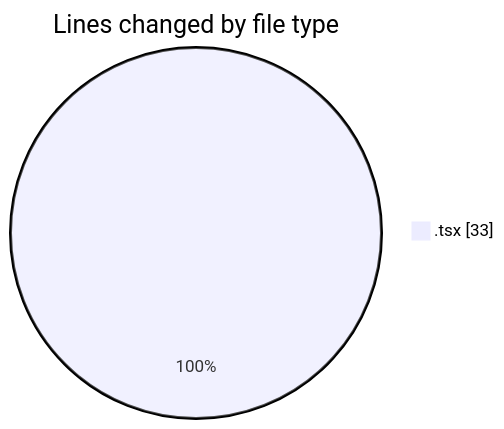
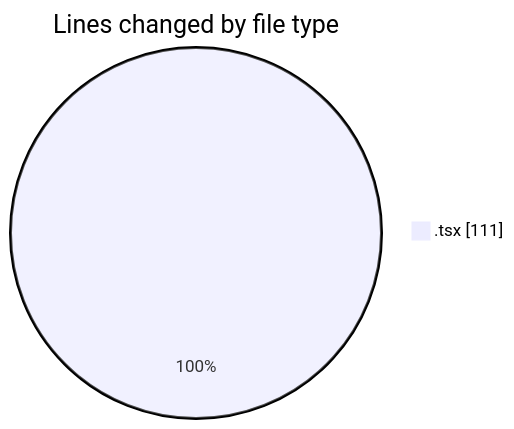
The first of 2 diagrams in 2025-08-01/tw-server/README.md (EIIisD/code-tracking), drawn with Mermaid before and after one commit. The commit also changed other lines of this file and 1 other file, not shown here.

````diff
--- a/2025-08-01/tw-server/README.md
+++ b/2025-08-01/tw-server/README.md
@@ -20,5 +20,5 @@
 ```mermaid
 pie showData
 title Lines changed by file type
-".tsx" : 33
+".tsx" : 111
 ```
````
